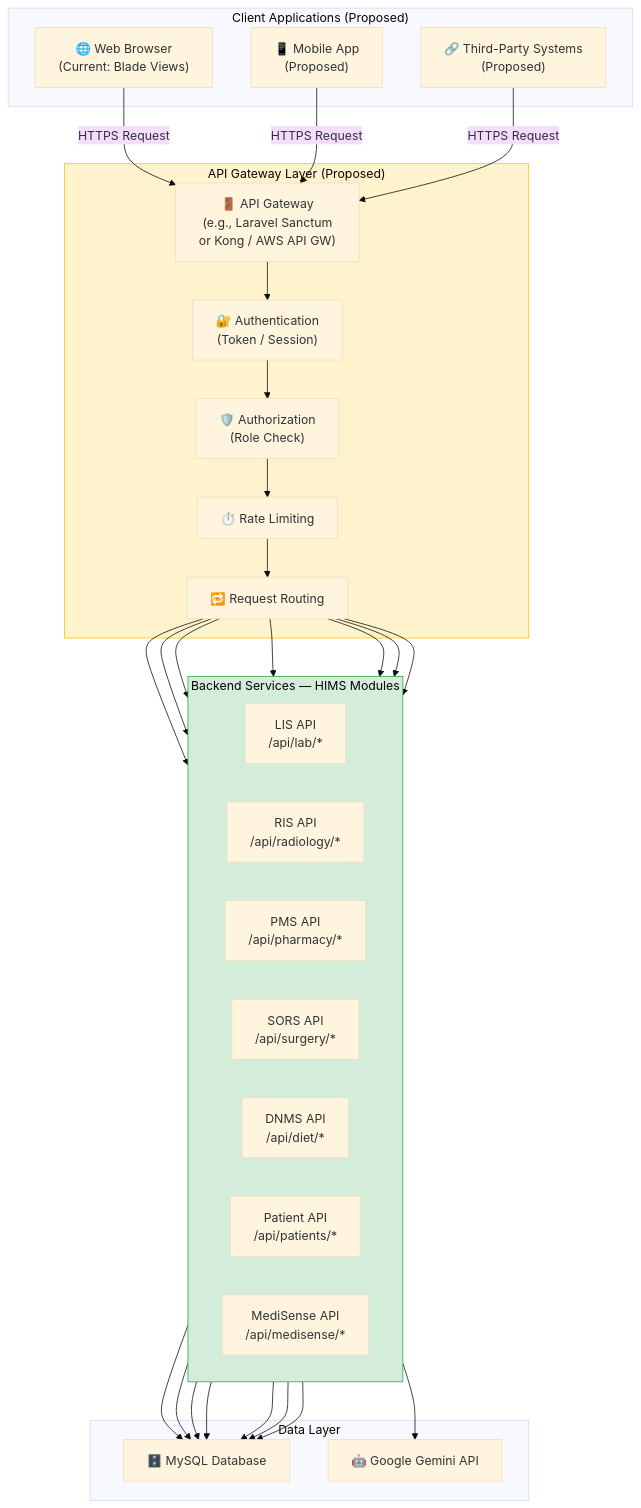
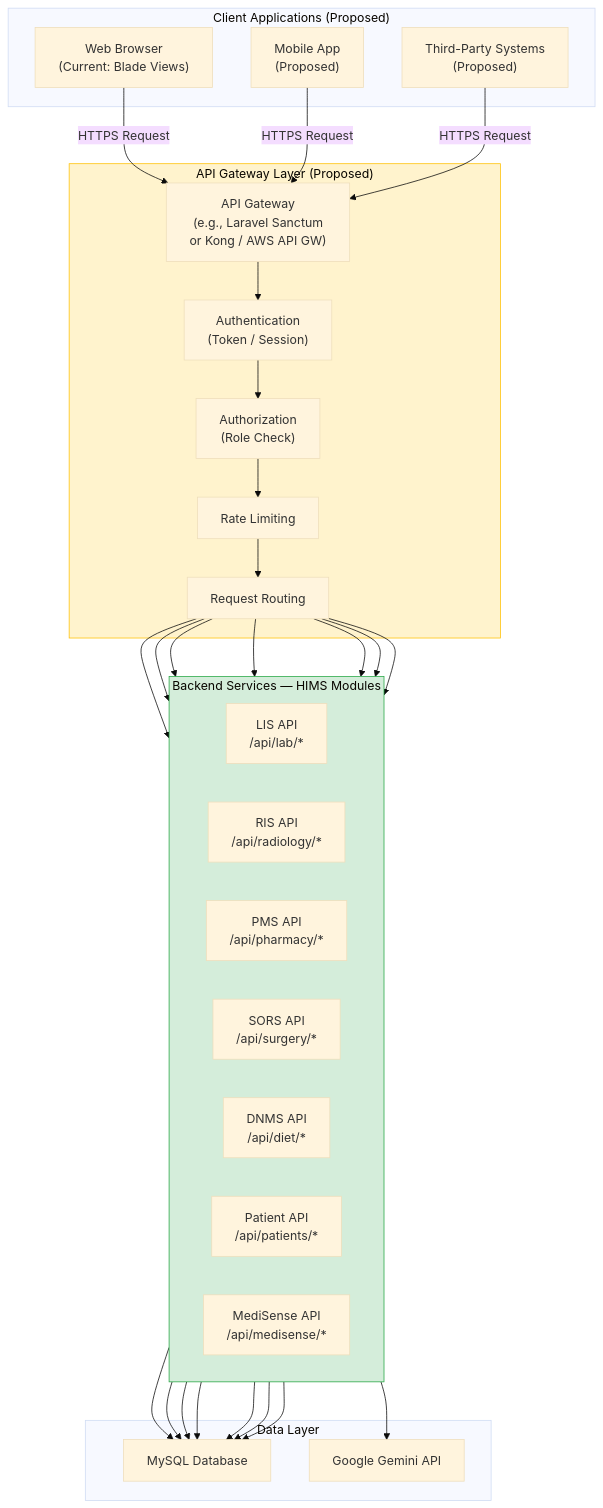
Before and after one commit to Lesthermonleon/DTCS: the tenth of 14 diagrams in hims_14_diagrams.md, drawn with Mermaid (base theme). The commit also changed other lines of this file and 98 other files, not shown here.

Commit message:
feat: adopt ditc_hms_schema.sql as database single source of truth and remove obsolete migrations/seeders

````diff
--- a/hims_14_diagrams.md
+++ b/hims_14_diagrams.md
@@ -473,42 +473,42 @@
 ```mermaid
 graph TB
     subgraph CLIENTS["Client Applications (Proposed)"]
-        WEB_CLIENT["🌐 Web Browser\n(Current: Blade Views)"]
-        MOBILE["📱 Mobile App\n(Proposed)"]
-        THIRD_PARTY["🔗 Third-Party Systems\n(Proposed)"]
+        WEB_CLIENT["Web Browser\n(Current: Blade Views)"]
+        MOBILE["Mobile App\n(Proposed)"]
+        THIRD_PARTY["Third-Party Systems\n(Proposed)"]
     end
 
     subgraph GATEWAY["API Gateway Layer (Proposed)"]
-        AG["🚪 API Gateway\n(e.g., Laravel Sanctum\nor Kong / AWS API GW)"]
-        AG_AUTH["🔐 Authentication\n(Token / Session)"]
-        AG_RBAC["🛡️ Authorization\n(Role Check)"]
-        RATE["⏱️ Rate Limiting"]
-        ROUTE["🔁 Request Routing"]
+        AG["API Gateway\n(e.g., Laravel Sanctum\nor Kong / AWS API GW)"]
+        AG_AUTH["Authentication\n(Token / Session)"]
+        AG_RBAC["Authorization\n(Role Check)"]
+        RATE["Rate Limiting"]
+        ROUTE["Request Routing"]
     end
 
     subgraph SERVICES["Backend Services — HIMS Modules"]
         direction LR
         LIS_API["LIS API\n/api/lab/*"]
         RIS_API["RIS API\n/api/radiology/*"]
         PMS_API["PMS API\n/api/pharmacy/*"]
         SORS_API["SORS API\n/api/surgery/*"]
         DNMS_API["DNMS API\n/api/diet/*"]
         PATIENT_API["Patient API\n/api/patients/*"]
         AI_API["MediSense API\n/api/medisense/*"]
     end
 
     subgraph DATA_LAYER["Data Layer"]
-        DB["🗄️ MySQL Database"]
-        GEMINI_GW["🤖 Google Gemini API"]
+        DB["MySQL Database"]
+        GEMINI_GW["Google Gemini API"]
     end
 
     WEB_CLIENT & MOBILE & THIRD_PARTY -->|HTTPS Request| AG
     AG --> AG_AUTH --> AG_RBAC --> RATE --> ROUTE
     ROUTE --> LIS_API & RIS_API & PMS_API & SORS_API & DNMS_API & PATIENT_API & AI_API
     LIS_API & RIS_API & PMS_API & SORS_API & DNMS_API & PATIENT_API --> DB
     AI_API --> DB
     AI_API --> GEMINI_GW
 
     style GATEWAY fill:#fff3cd,stroke:#ffc107
     style SERVICES fill:#d4edda,stroke:#28a745
 ```
````
